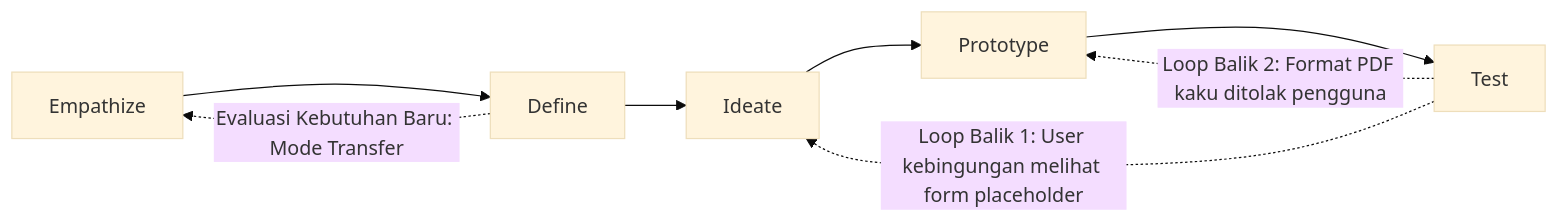
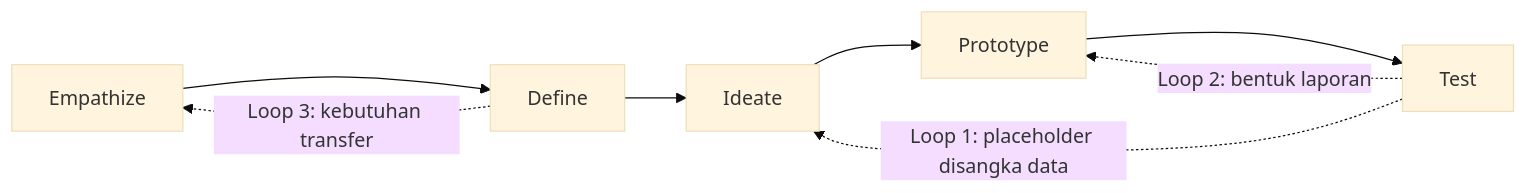
One commit to umaralf2735/Tabungan changed the third of 3 diagrams in README.md. Above: the diagram before and after it, drawn with Mermaid (base theme). The commit also changed other lines of this file and 32 other files, not shown here.

````diff
--- a/README.md
+++ b/README.md
@@ -258,11 +299,10 @@
 ```mermaid
 graph LR
     E[Empathize] --> D[Define]
     D --> I[Ideate]
     I --> P[Prototype]
     P --> T[Test]
-    
-    T -.->|Loop Balik 1: User kebingungan melihat form placeholder| I
-    T -.->|Loop Balik 2: Format PDF kaku ditolak pengguna| P
-    D -.->|Evaluasi Kebutuhan Baru: Mode Transfer| E
+    T -.->|Loop 1: placeholder disangka data| I
+    T -.->|Loop 2: bentuk laporan| P
+    D -.->|Loop 3: kebutuhan transfer| E
 ```
````
